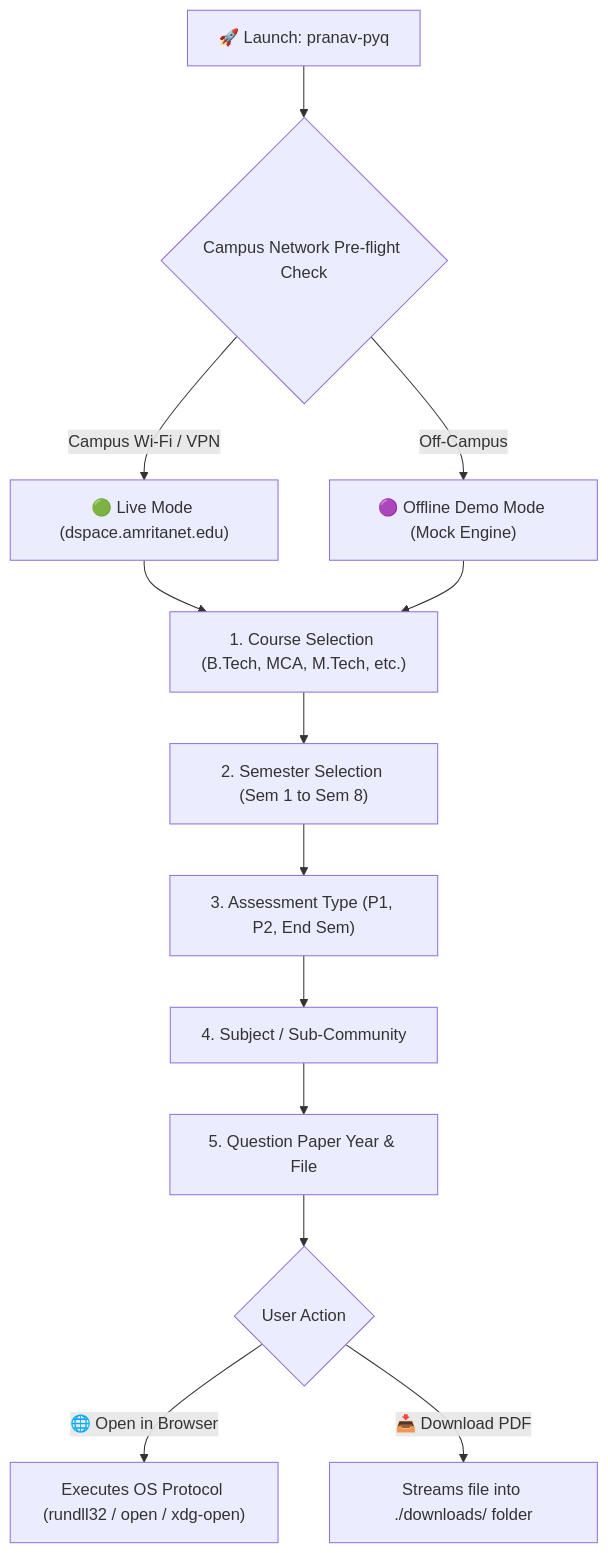
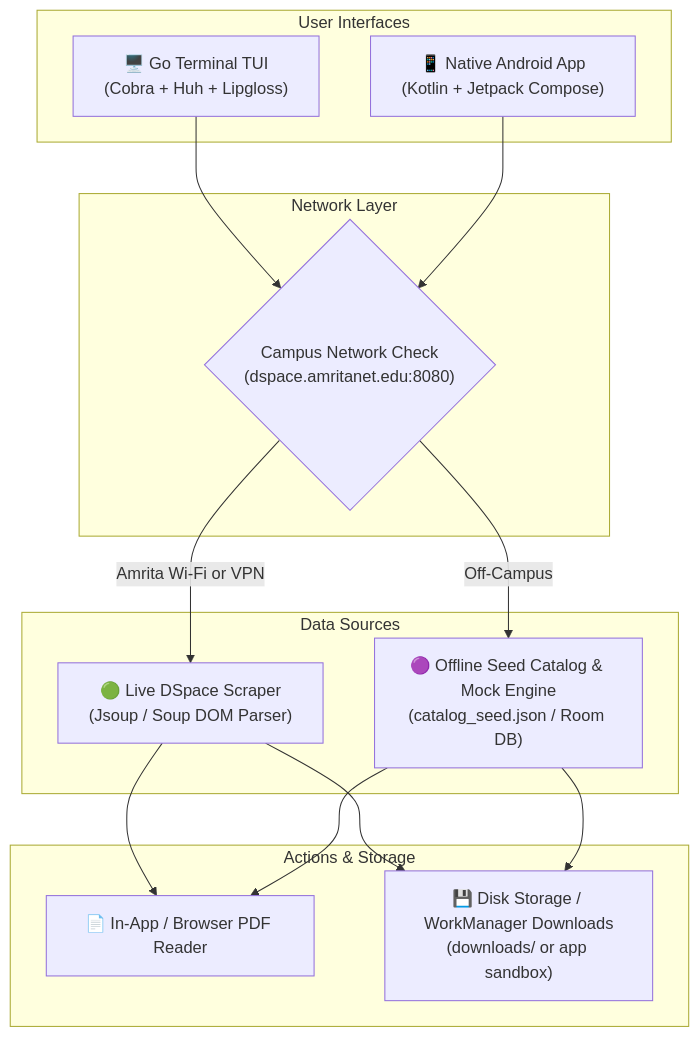
Before and after one commit to pkpranav-projects/Amrita-PYQ-Fetcher: the diagram in README.md, drawn with Mermaid. The commit also changed other lines of this file and 72 other files, not shown here.

Commit message:
feat: add native Android app and update suite documentation in README

````diff
--- a/README.md
+++ b/README.md
@@ -213,18 +124,32 @@
 ```mermaid
 flowchart TD
-    A["🚀 Launch: pranav-pyq"] --> B{"Campus Network Pre-flight Check"}
-    B -->|"Campus Wi-Fi / VPN"| C["🟢 Live Mode (dspace.amritanet.edu)"]
-    B -->|"Off-Campus"| D["🟣 Offline Demo Mode (Mock Engine)"]
-    
-    C --> M1["1. Course Selection (B.Tech, MCA, M.Tech, etc.)"]
-    D --> M1
-    
-    M1 --> M2["2. Semester Selection (Sem 1 to Sem 8)"]
-    M2 --> M3["3. Assessment Type (P1, P2, End Sem)"]
-    M3 --> M4["4. Subject / Sub-Community"]
-    M4 --> M5["5. Question Paper Year & File"]
-    
-    M5 --> ACT{"User Action"}
-    ACT -->|"🌐 Open in Browser"| BROWSER["Executes OS Protocol (rundll32 / open / xdg-open)"]
-    ACT -->|"📥 Download PDF"| DISK["Streams file into ./downloads/ folder"]
+    subgraph Clients["User Interfaces"]
+        TUI["🖥️ Go Terminal TUI\n(Cobra + Huh + Lipgloss)"]
+        APP["📱 Native Android App\n(Kotlin + Jetpack Compose)"]
+    end
+
+    subgraph Network["Network Layer"]
+        PROBE{"Campus Network Check\n(dspace.amritanet.edu:8080)"}
+    end
+
+    subgraph Backends["Data Sources"]
+        LIVE["🟢 Live DSpace Scraper\n(Jsoup / Soup DOM Parser)"]
+        SEED["🟣 Offline Seed Catalog & Mock Engine\n(catalog_seed.json / Room DB)"]
+    end
+
+    subgraph Output["Actions & Storage"]
+        VIEW["📄 In-App / Browser PDF Reader"]
+        SAVE["💾 Disk Storage / WorkManager Downloads\n(downloads/ or app sandbox)"]
+    end
+
+    TUI --> PROBE
+    APP --> PROBE
+
+    PROBE -->|"Amrita Wi-Fi or VPN"| LIVE
+    PROBE -->|"Off-Campus"| SEED
+
+    LIVE --> VIEW
+    LIVE --> SAVE
+    SEED --> VIEW
+    SEED --> SAVE
 ```
````
